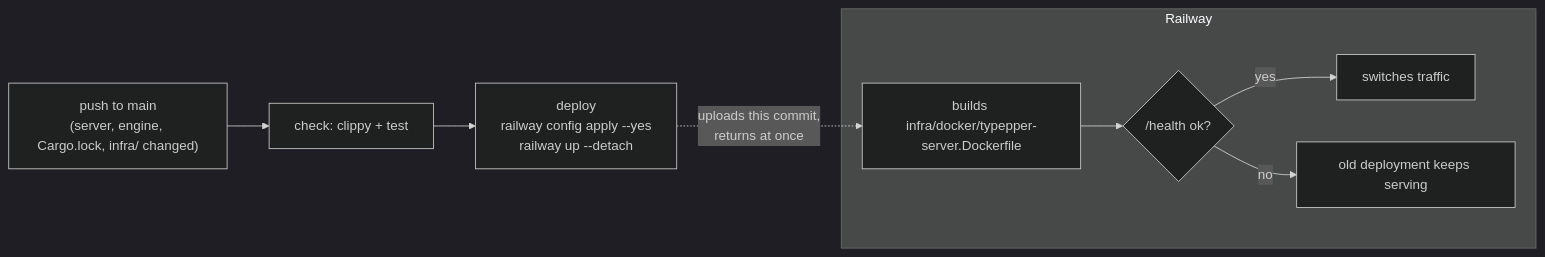
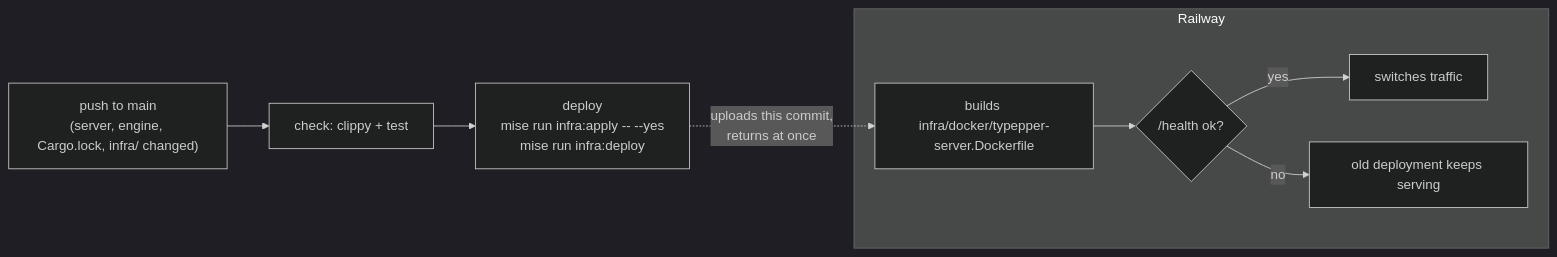
The second of 2 diagrams in docs/online.md (dylanmoerland/typepper), drawn with Mermaid (dark theme) before and after one commit. The commit also changed other lines of this file and 8 other files, not shown here.

First line of the commit message:
Tools and infra tasks through mise

````diff
--- a/docs/online.md
+++ b/docs/online.md
@@ -53,11 +53,11 @@
 ```mermaid
 flowchart LR
   P["push to main<br/>(server, engine, Cargo.lock, infra/ changed)"] --> C["check: clippy + test"]
-  C --> D["deploy<br/>railway config apply --yes<br/>railway up --detach"]
+  C --> D["deploy<br/>mise run infra:apply -- --yes<br/>mise run infra:deploy"]
   D -. "uploads this commit,<br/>returns at once" .-> RB
   subgraph railway["Railway"]
     RB["builds infra/docker/typepper-server.Dockerfile"] --> HC{"/health ok?"}
     HC -- yes --> LIVE["switches traffic"]
     HC -- no --> OLD["old deployment keeps serving"]
   end
 ```
````
